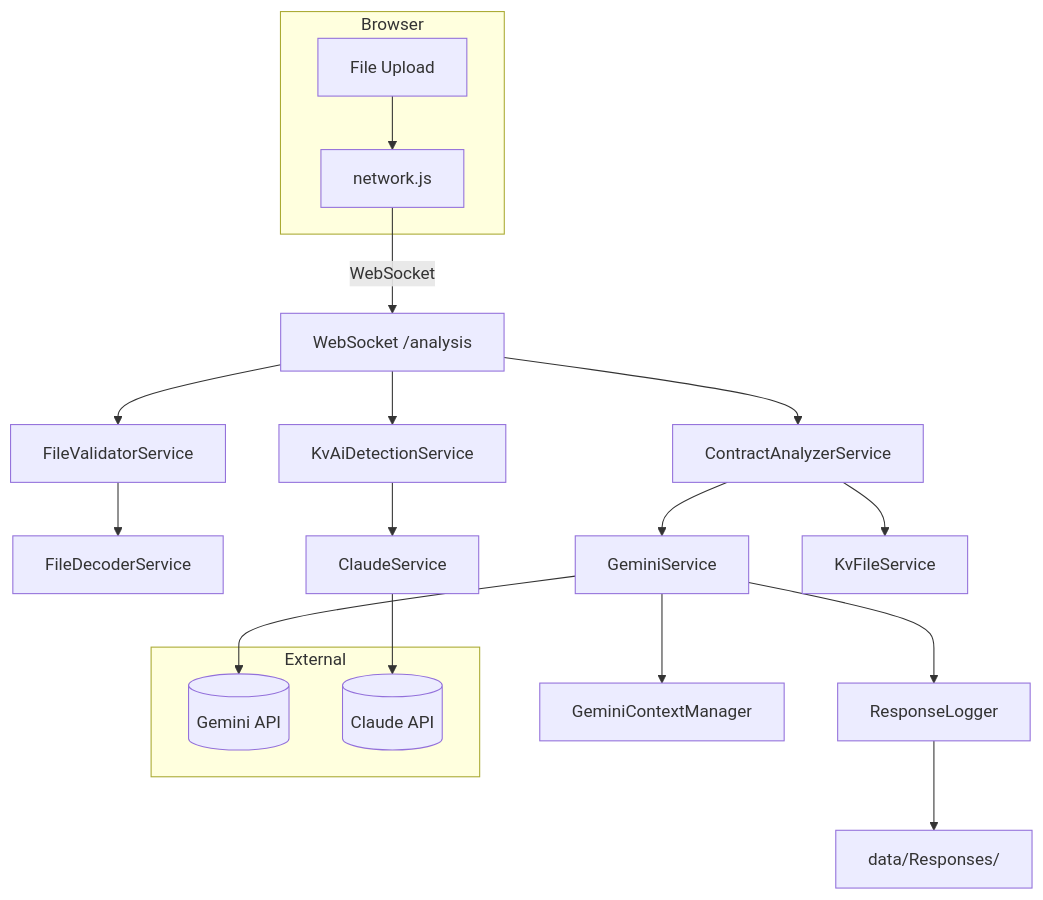
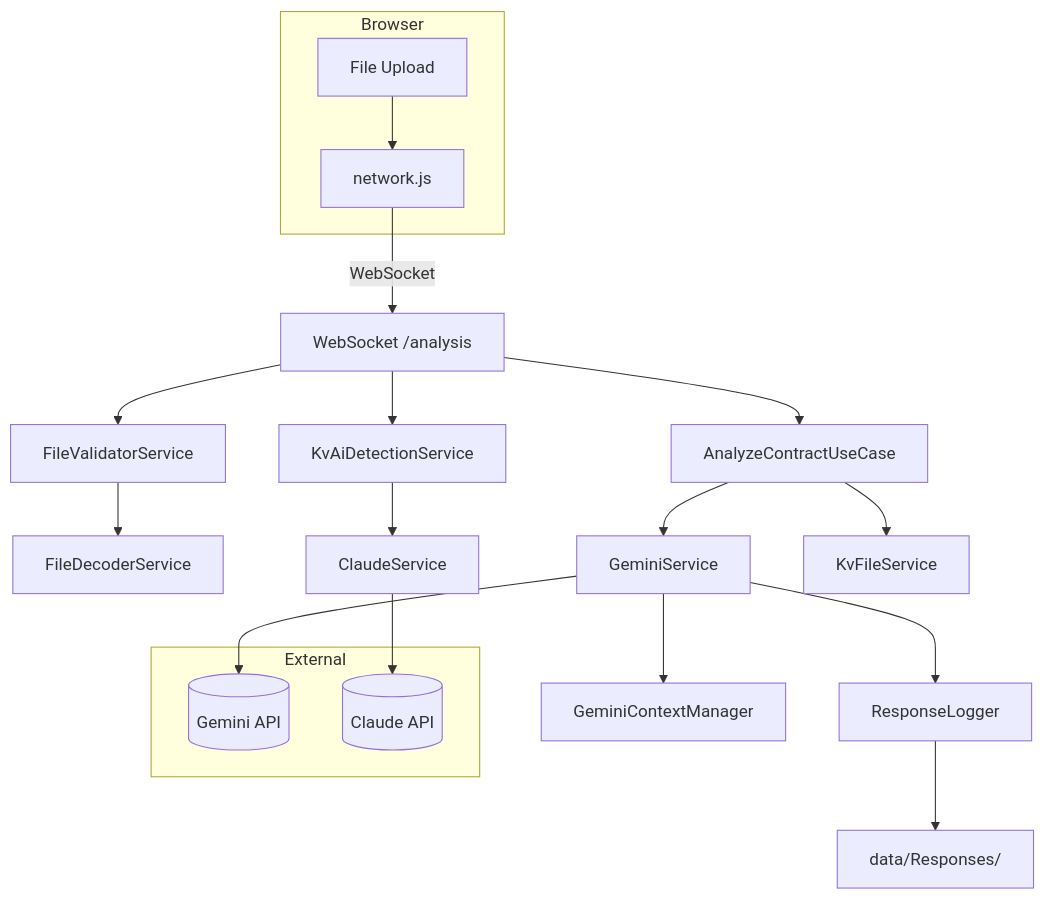
The fourth of 6 diagrams in docs/Diagrams/diagrams.md (sebastian-305/PocketLawyer), drawn with Mermaid before and after one commit. The commit also changed other lines of this file and 5 other files, not shown here.

````diff
--- a/docs/Diagrams/diagrams.md
+++ b/docs/Diagrams/diagrams.md
@@ -141,23 +141,23 @@
 ```mermaid
 graph TD
     subgraph Browser
         U[File Upload] --> N[network.js]
     end
     N -- WebSocket --> PC[WebSocket /analysis]
     PC --> FV[FileValidatorService]
     FV --> FDS[FileDecoderService]
     PC --> KD[KvAiDetectionService]
     KD --> CLA[ClaudeService]
-    PC --> CA[ContractAnalyzerService]
+    PC --> CA[AnalyzeContractUseCase]
     CA --> GEM[GeminiService]
     CA --> KFS[KvFileService]
     GEM --> RL[ResponseLogger]
     GEM --> GCM[GeminiContextManager]
     RL --> Files[data/Responses/]
     subgraph External
         GeminiAPI[(Gemini API)]
         ClaudeAPI[(Claude API)]
     end
     GEM --> GeminiAPI
     CLA --> ClaudeAPI
 ```
````
